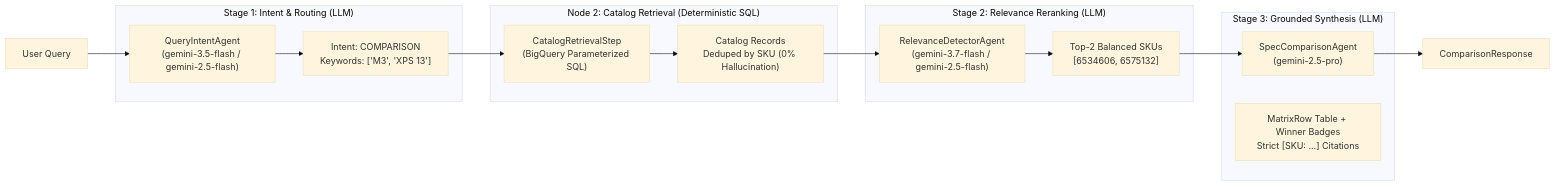
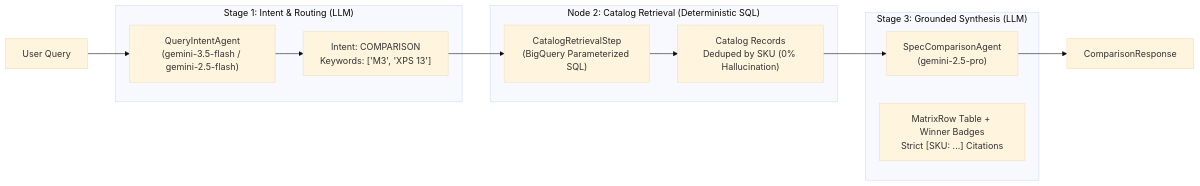
Before and after one commit to willie3838/williamc-ecomm-capstone: the tenth of 14 diagrams in ARCHITECTURE.md, drawn with Mermaid (base theme). The commit also changed other lines of this file and 21 other files, not shown here.

Commit message:
feat(task-1-remove-stage-3-relevance): remove stage 3 relevance ranking and collapse ADK workflow to 3 nodes

````diff
--- a/ARCHITECTURE.md
+++ b/ARCHITECTURE.md
@@ -915,31 +898,24 @@
 ```mermaid
 flowchart LR
     subgraph S1["Stage 1: Intent & Routing (LLM)"]
         A1["QueryIntentAgent<br/>(gemini-3.5-flash / gemini-2.5-flash)"]
         M1["Intent: COMPARISON<br/>Keywords: ['M3', 'XPS 13']"]
     end
 
     subgraph S2["Node 2: Catalog Retrieval (Deterministic SQL)"]
         A2["CatalogRetrievalStep<br/>(BigQuery Parameterized SQL)"]
         M2["Catalog Records<br/>Deduped by SKU (0% Hallucination)"]
     end
 
-    subgraph S3["Stage 2: Relevance Reranking (LLM)"]
-        A3["RelevanceDetectorAgent<br/>(gemini-3.7-flash / gemini-2.5-flash)"]
-        M3["Top-2 Balanced SKUs<br/>[6534606, 6575132]"]
-    end
-
-    subgraph S4["Stage 3: Grounded Synthesis (LLM)"]
-        A4["SpecComparisonAgent<br/>(gemini-2.5-pro)"]
-        M4["MatrixRow Table + Winner Badges<br/>Strict [SKU: ...] Citations"]
+    subgraph S3["Stage 3: Grounded Synthesis (LLM)"]
+        A3["SpecComparisonAgent<br/>(gemini-2.5-pro)"]
+        M3["MatrixRow Table + Winner Badges<br/>Strict [SKU: ...] Citations"]
     end
 
     Q["User Query"] --> A1
     A1 --> M1
     M1 --> A2
     A2 --> M2
     M2 --> A3
-    A3 --> M3
-    M3 --> A4
-    A4 --> RESP["ComparisonResponse"]
+    A3 --> RESP["ComparisonResponse"]
 ```
````
